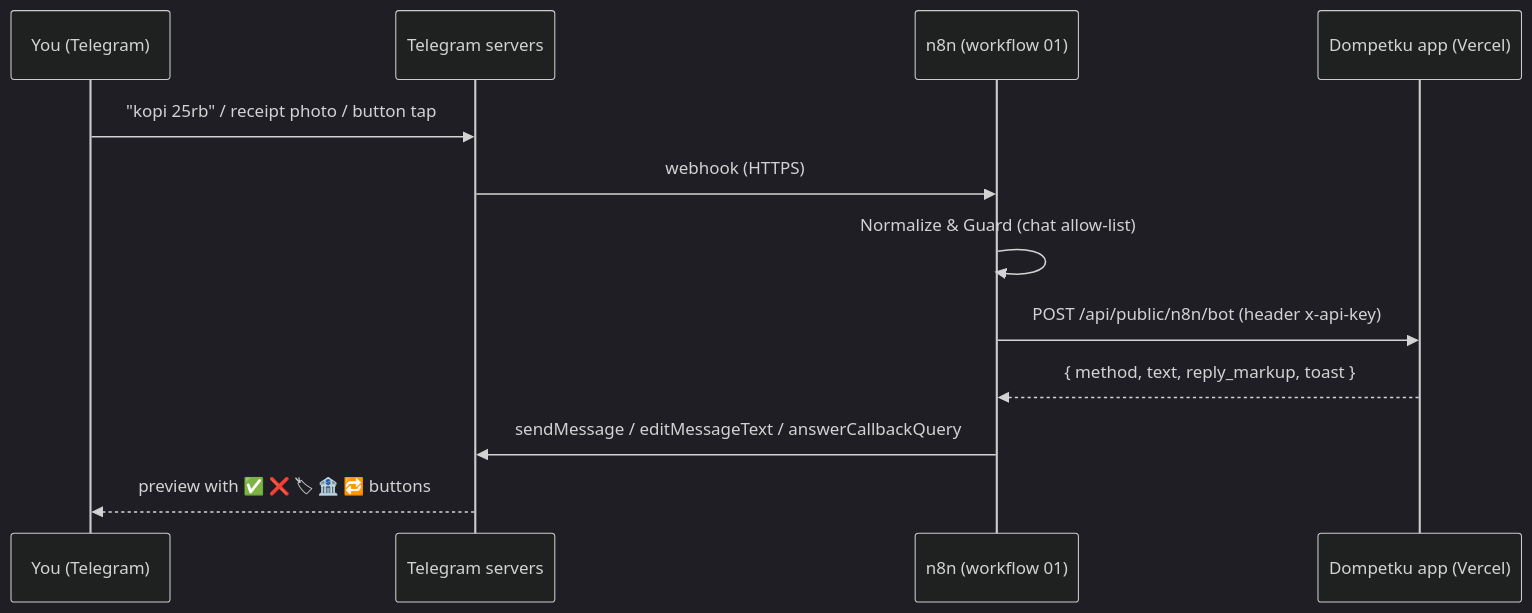
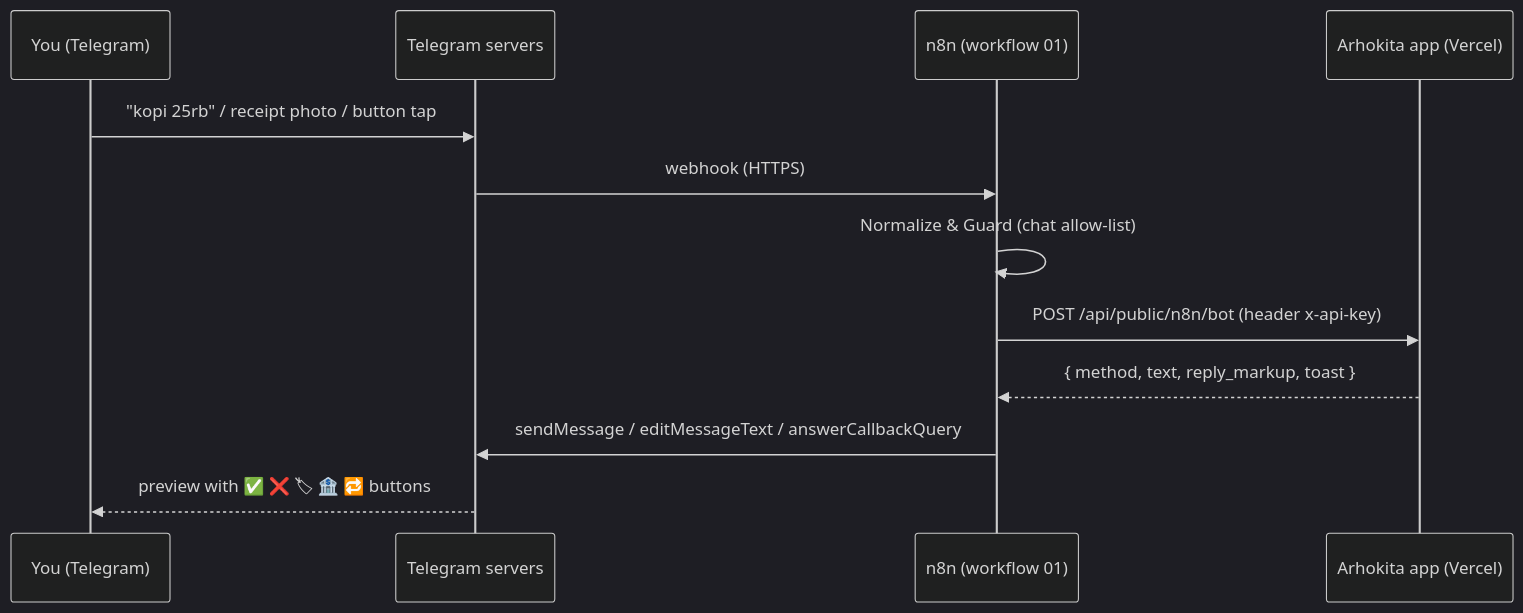
Before and after one commit to asetkomo/ArthoKita: the diagram in docs/N8N.md, drawn with Mermaid (dark theme). The commit also changed other lines of this file and 66 other files, not shown here.

````diff
--- a/docs/N8N.md
+++ b/docs/N8N.md
@@ -35,14 +35,14 @@
 ```mermaid
 sequenceDiagram
     participant U as You (Telegram)
     participant T as Telegram servers
     participant N as n8n (workflow 01)
-    participant A as Dompetku app (Vercel)
+    participant A as Arhokita app (Vercel)
     U->>T: "kopi 25rb" / receipt photo / button tap
     T->>N: webhook (HTTPS)
     N->>N: Normalize & Guard (chat allow-list)
     N->>A: POST /api/public/n8n/bot (header x-api-key)
     A-->>N: { method, text, reply_markup, toast }
     N->>T: sendMessage / editMessageText / answerCallbackQuery
     T-->>U: preview with ✅ ❌ 🏷 🏦 🔁 buttons
 ```
````
